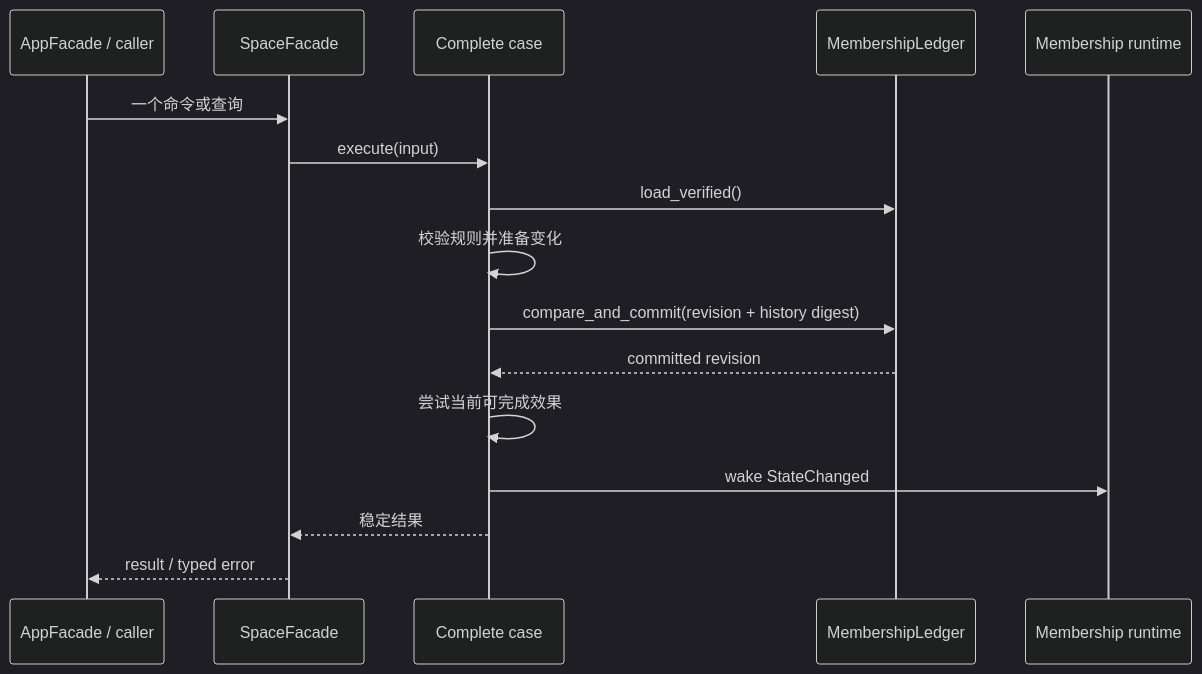
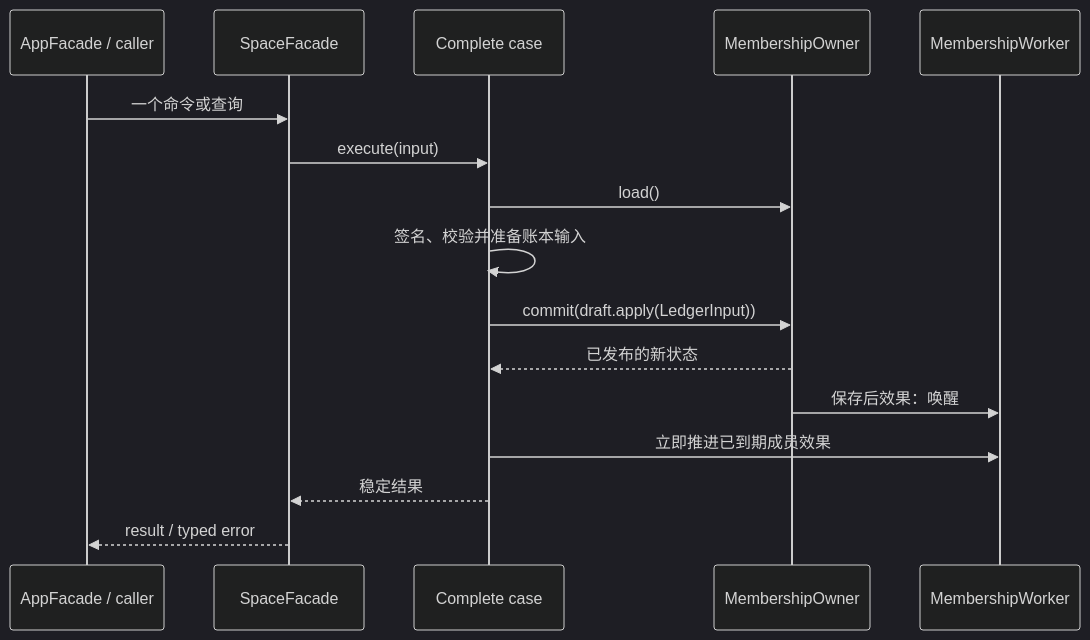
Before and after one commit to UniClipboard/Engine: the second of 5 diagrams in docs/design-docs/space-application.md, drawn with Mermaid (dark theme). The commit also changed other lines of this file and 13 other files, not shown here.

````diff
--- a/docs/design-docs/space-application.md
+++ b/docs/design-docs/space-application.md
@@ -194,19 +201,19 @@
 ```mermaid
 sequenceDiagram
     participant Caller as AppFacade / caller
     participant Facade as SpaceFacade
     participant Case as Complete case
-    participant Ledger as MembershipLedger
-    participant Runtime as Membership runtime
+    participant Owner as MembershipOwner
+    participant Worker as MembershipWorker
 
     Caller->>Facade: 一个命令或查询
     Facade->>Case: execute(input)
-    Case->>Ledger: load_verified()
-    Case->>Case: 校验规则并准备变化
-    Case->>Ledger: compare_and_commit(revision + history digest)
-    Ledger-->>Case: committed revision
-    Case->>Case: 尝试当前可完成效果
-    Case->>Runtime: wake StateChanged
+    Case->>Owner: load()
+    Case->>Case: 签名、校验并准备账本输入
+    Case->>Owner: commit(draft.apply(LedgerInput))
+    Owner-->>Case: 已发布的新状态
+    Owner->>Worker: 保存后效果：唤醒
+    Case->>Worker: 立即推进已到期成员效果
     Case-->>Facade: 稳定结果
     Facade-->>Caller: result / typed error
 ```
````
